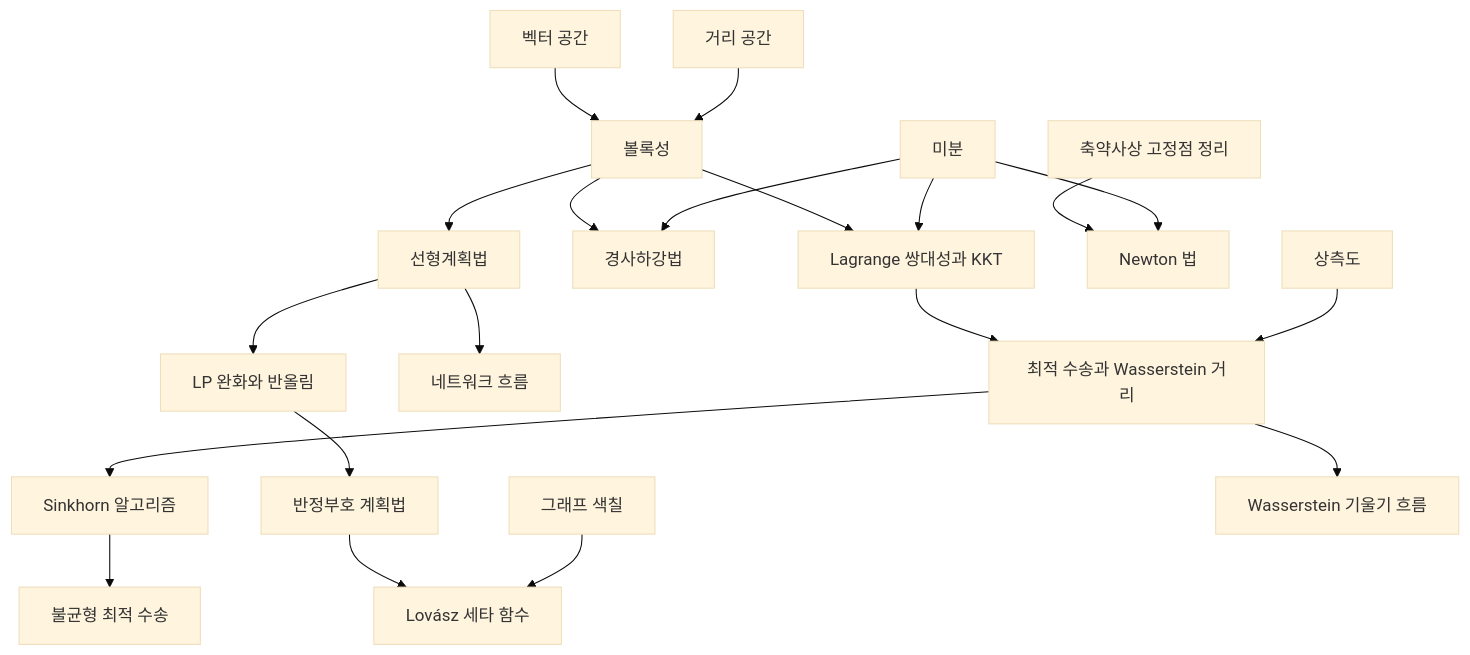
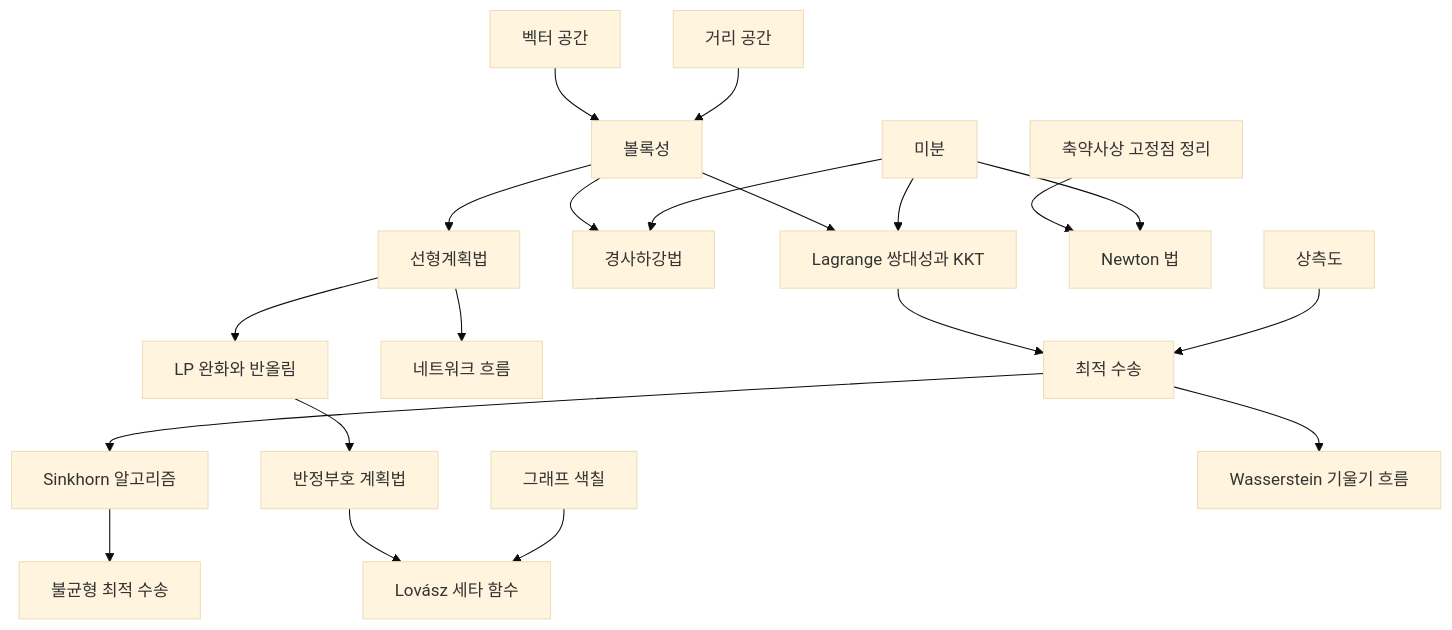
Before and after one commit to Phryxia/math-map: the diagram in docs/optimization-overview.md, drawn with Mermaid (base theme). The commit also changed other lines of this file and 13 other files, not shown here.

````diff
--- a/docs/optimization-overview.md
+++ b/docs/optimization-overview.md
@@ -13,22 +13,22 @@
 ```mermaid
 graph TD
   VS["벡터 공간"] --> CX["볼록성"]
   MS["거리 공간"] --> CX
   CX --> LD["Lagrange 쌍대성과 KKT"]
   CX --> GD["경사하강법"]
   CX --> LP["선형계획법"]
   DV["미분"] --> LD
   DV --> GD
   BF["축약사상 고정점 정리"] --> NM["Newton 법"]
   DV --> NM
   LP --> LR["LP 완화와 반올림"]
   LP --> NF["네트워크 흐름"]
   LR --> SD["반정부호 계획법"]
   SD --> LT["Lovász 세타 함수"]
   GC["그래프 색칠"] --> LT
-  LD --> OT["최적 수송과 Wasserstein 거리"]
+  LD --> OT["최적 수송"]
   PM["상측도"] --> OT
   OT --> SK["Sinkhorn 알고리즘"]
   SK --> UO["불균형 최적 수송"]
   OT --> WG["Wasserstein 기울기 흐름"]
 ```
````
